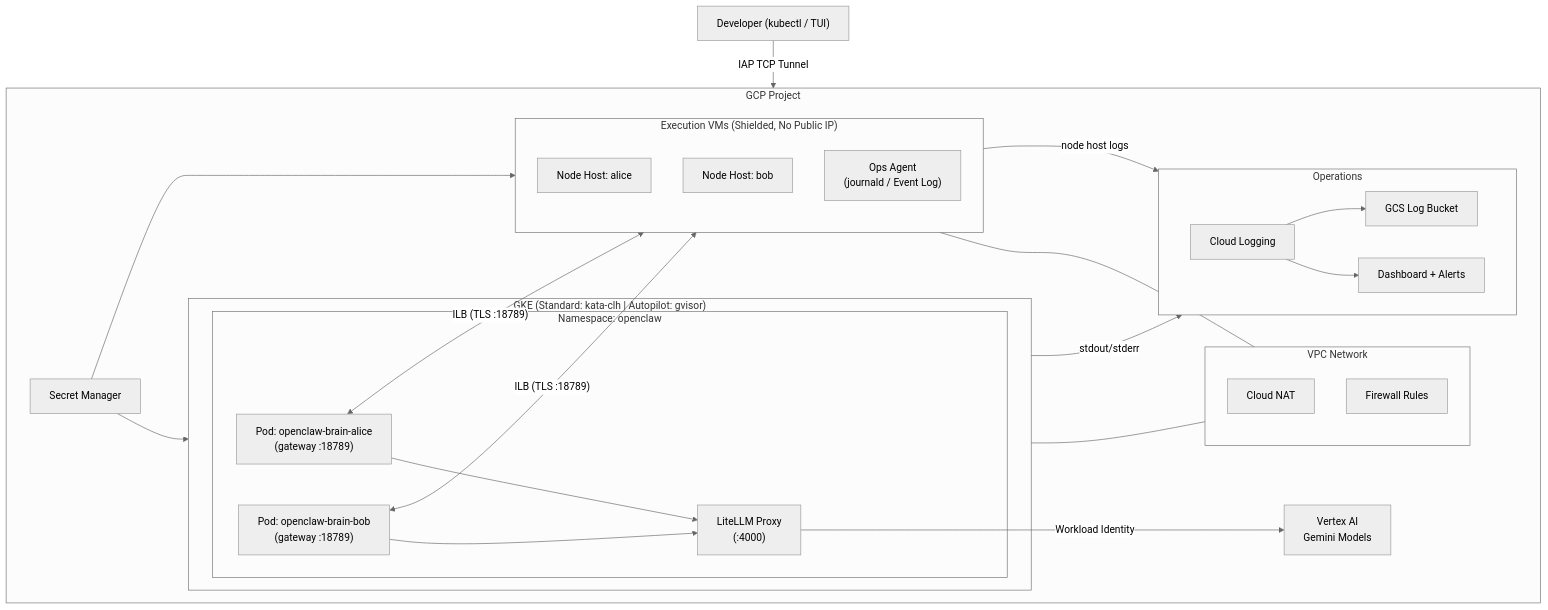
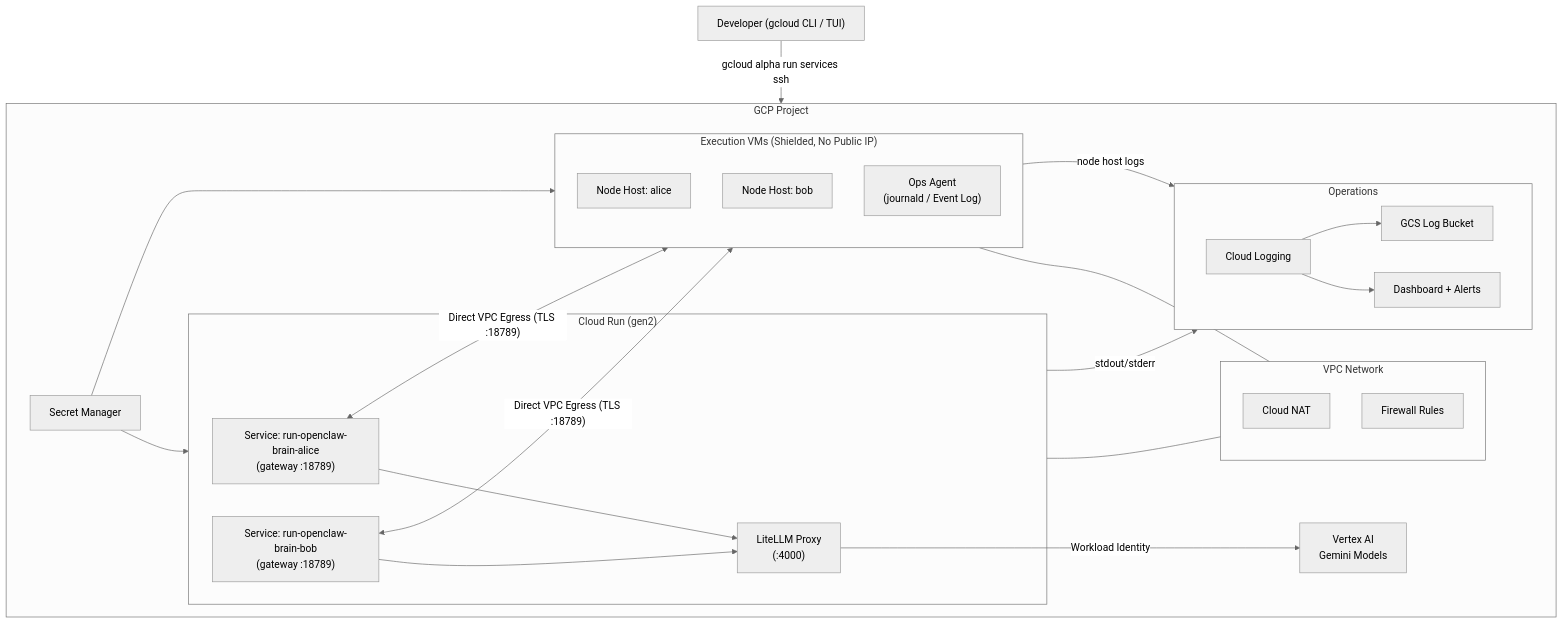
Before and after one commit to t2tse/openclaw-cloudrun: the second of 4 diagrams in README.md, drawn with Mermaid (neutral theme). The commit also changed other lines of this file and 12 other files, not shown here.

Commit message:
Swap GKE to Cloud Run service as the agent compute runtimes

````diff
--- a/README.md
+++ b/README.md
@@ -100,54 +99,52 @@
 ```mermaid
 graph TD
-    Dev["Developer (kubectl / TUI)"]
+    Dev["Developer (gcloud CLI / TUI)"]
 
-    Dev -->|"IAP TCP Tunnel"| GCP
+    Dev -->|"gcloud alpha run services ssh"| GCP
 
     subgraph GCP["GCP Project"]
 
-        subgraph GKE["GKE (Standard: kata-clh  |  Autopilot: gvisor)"]
-            subgraph NS["Namespace: openclaw"]
-                PodA["Pod: openclaw-brain-alice\n(gateway :18789)"]
-                PodB["Pod: openclaw-brain-bob\n(gateway :18789)"]
-                LITELLM["LiteLLM Proxy\n(:4000)"]
-                PodA --> LITELLM
-                PodB --> LITELLM
-            end
+        subgraph CR["Cloud Run (gen2)"]
+            SvcA["Service: run-openclaw-brain-alice\n(gateway :18789)"]
+            SvcB["Service: run-openclaw-brain-bob\n(gateway :18789)"]
+            LITELLM["LiteLLM Proxy\n(:4000)"]
+            SvcA --> LITELLM
+            SvcB --> LITELLM
         end
 
         subgraph VM["Execution VMs (Shielded, No Public IP)"]
             direction TB
             NH_A["Node Host: alice"]
             NH_B["Node Host: bob"]
             OPS["Ops Agent\n(journald / Event Log)"]
         end
 
-        PodA <-->|"ILB (TLS :18789)"| NH_A
-        PodB <-->|"ILB (TLS :18789)"| NH_B
+        SvcA <-->|"Direct VPC Egress (TLS :18789)"| NH_A
+        SvcB <-->|"Direct VPC Egress (TLS :18789)"| NH_B
 
         LITELLM -->|"Workload Identity"| Vertex["Vertex AI\nGemini Models"]
 
-        SM["Secret Manager"] --> GKE
+        SM["Secret Manager"] --> CR
         SM --> VM
 
         subgraph Ops["Operations"]
             direction LR
             Logging["Cloud Logging"]
-            GCS["GCS Log Bucket"]
+            GCSLog["GCS Log Bucket"]
             Mon["Dashboard + Alerts"]
-            Logging --> GCS
+            Logging --> GCSLog
             Logging --> Mon
         end
 
-        GKE -->|"stdout/stderr"| Logging
+        CR -->|"stdout/stderr"| Logging
         OPS -->|"node host logs"| Logging
 
         subgraph Net["VPC Network"]
             NAT["Cloud NAT"]
             FW["Firewall Rules"]
         end
 
-        GKE --- Net
+        CR --- Net
         VM --- Net
     end
 ```
````
